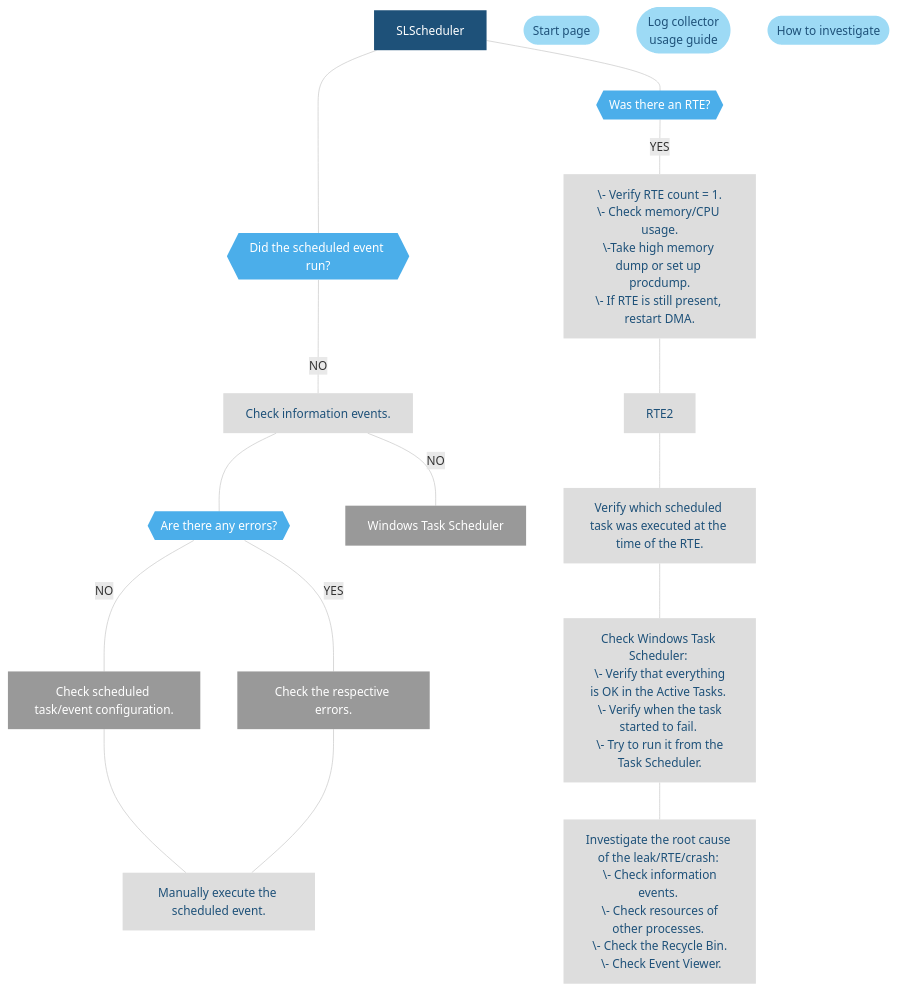
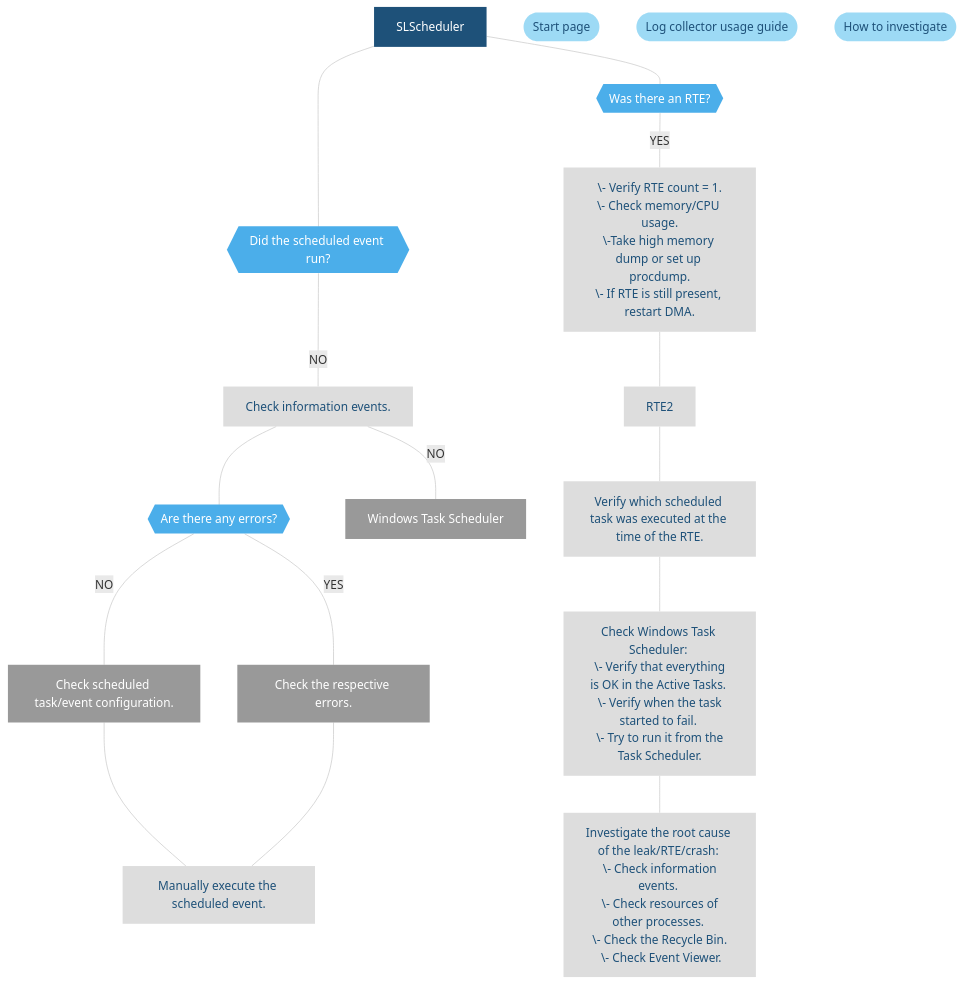
Before and after one commit to SkylineCommunications/dataminer-docs: the diagram in user-guide/Troubleshooting/Troubleshooting_Flowcharts/Troubleshooting_Process_Identification/Other_processes/Troubleshooting_SLScheduler_exe.md, drawn with Mermaid. The commit also changed 8 other files, not shown here.

````diff
--- a/user-guide/Troubleshooting/Troubleshooting_Flowcharts/Troubleshooting_Process_Identification/Other_processes/Troubleshooting_SLScheduler_exe.md
+++ b/user-guide/Troubleshooting/Troubleshooting_Flowcharts/Troubleshooting_Process_Identification/Other_processes/Troubleshooting_SLScheduler_exe.md
@@ -13,57 +13,57 @@
 ```mermaid
 flowchart TD
 %% Define styles %%
 %% Define styles %%
 linkStyle default stroke:#cccccc
 classDef LightBlue fill:#9DDAF5,stroke:#000070,stroke-width:0px, color:#1E5179;
 classDef Blue fill:#4BAEEA,stroke:#000070,stroke-width:0px, color:#FFFFFF;
 classDef DarkBlue fill:#1E5179,stroke:#000070,stroke-width:0px, color:#FFFFFF;
 classDef DarkGray fill:#58595B,stroke:#000070,stroke-width:0px, color:#FFFFFF;
 classDef Gray fill:#999999,stroke:#000070,stroke-width:0px, color:#FFFFFF;
 classDef LightGray fill:#DDDDDD,stroke:#000070,stroke-width:0px, color:#1E5179;
 %% Define blocks %%
 Start[SLScheduler]
 Home([Start page])
-SLLogCollector([Log collector <br>usage guide])
+SLLogCollector([Log collector usage guide])
 Investigation([How to investigate])
 RTE{{"Was there an RTE?"}}
 RTE1[" \- Verify RTE count = 1.<br>\- Check memory/CPU usage.<br>\-Take high memory dump or set up procdump.<br>\- If RTE is still present, restart DMA. "]
 RTE3[" Verify which scheduled task was executed at the time of the RTE." ]
 RTE4[" Check Windows Task Scheduler: <br> \- Verify that everything is OK in the Active Tasks. <br> \- Verify when the task started to fail. <br> \- Try to run it from the Task Scheduler. "]
 RTE5[" Investigate the root cause of the leak/RTE/crash: <br> \- Check information events. <br> \- Check resources of other processes. <br> \- Check the Recycle Bin. <br> \- Check Event Viewer."]
 ScheduledEvent{{"Did the scheduled event run?"}}
 Win[Windows Task Scheduler]
 InfoEvents["Check information events."]
 Errors{{"Are there any errors? "}}
 Config["Check scheduled task/event configuration."]
 ErrorYes[Check the respective errors.]
 End[Manually execute the scheduled event.]
 %% Connect blocks %%
 Start ---- ScheduledEvent
 Start --- RTE
 ScheduledEvent --- |NO|InfoEvents
 InfoEvents --- Errors
 InfoEvents --- |NO|Win
 RTE --- |YES|RTE1
 RTE1 --- RTE2
 RTE2 --- RTE3
 RTE3 --- RTE4
 RTE4 --- RTE5
 Errors --- |NO|Config
 Errors --- |YES|ErrorYes
 Config --- End
 ErrorYes --- End
 %% Define hyperlinks %%
 click Home "/user-guide/Troubleshooting/Troubleshooting_Flowcharts/Finding_a_Root_Cause.html"
 click SLLogCollector "/user-guide/Reference/DataMiner_Tools/SLLogCollector.html"
 click Investigation "/user-guide/Troubleshooting/Troubleshooting_Flowcharts/Troubleshooting_Where_to_Start.html"
 click Config "#scheduled-taskevent-configuration-checklist"
 click ErrorYes "#check-the-respective-errors"
 click Win "#windows-task-scheduler"
 %% Apply styles to blocks %%
 class Start DarkBlue;
 class RTE1,RTE2,RTE3,RTE4,RTE5,InfoEvents,End LightGray;
 class RTE,ScheduledEvent,Errors Blue;
 class Home,SLLogCollector,Investigation LightBlue;
 class Config,ErrorYes,Win Gray;
 ```
````
